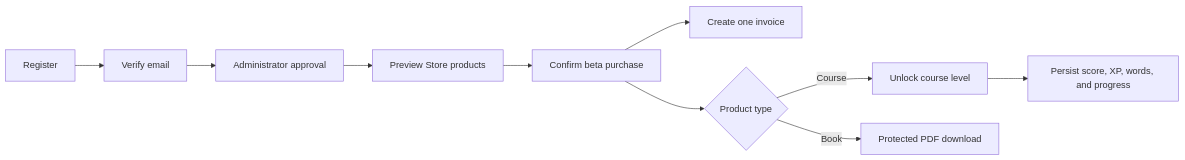
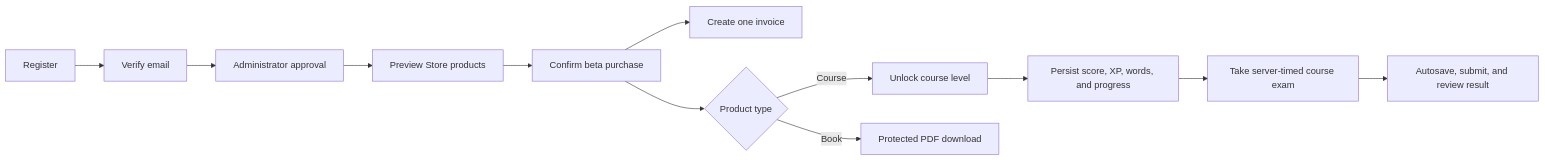
One commit to Kourosh-MD/enacademy-learning changed the second of 2 diagrams in README.md. Above: the diagram before and after it, drawn with Mermaid. The commit also changed other lines of this file and 5 other files, not shown here.

````diff
--- a/README.md
+++ b/README.md
@@ -59,12 +61,14 @@
 ```mermaid
 flowchart LR
     Register --> Verify[Verify email]
     Verify --> Approval[Administrator approval]
     Approval --> Store[Preview Store products]
     Store --> Purchase[Confirm beta purchase]
     Purchase --> Invoice[Create one invoice]
     Purchase --> Access{Product type}
     Access -- Course --> Learn[Unlock course level]
     Access -- Book --> Download[Protected PDF download]
     Learn --> Progress[Persist score, XP, words, and progress]
+    Progress --> Exam[Take server-timed course exam]
+    Exam --> Result[Autosave, submit, and review result]
 ```
````
